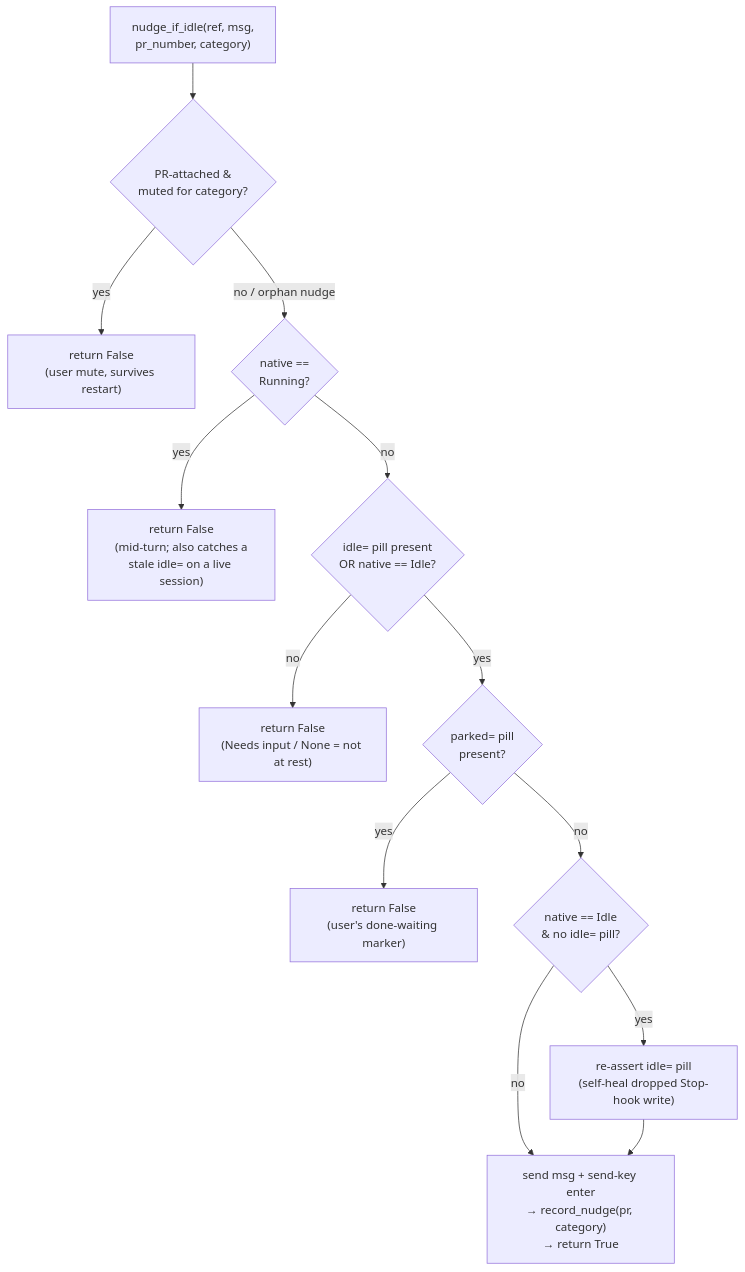
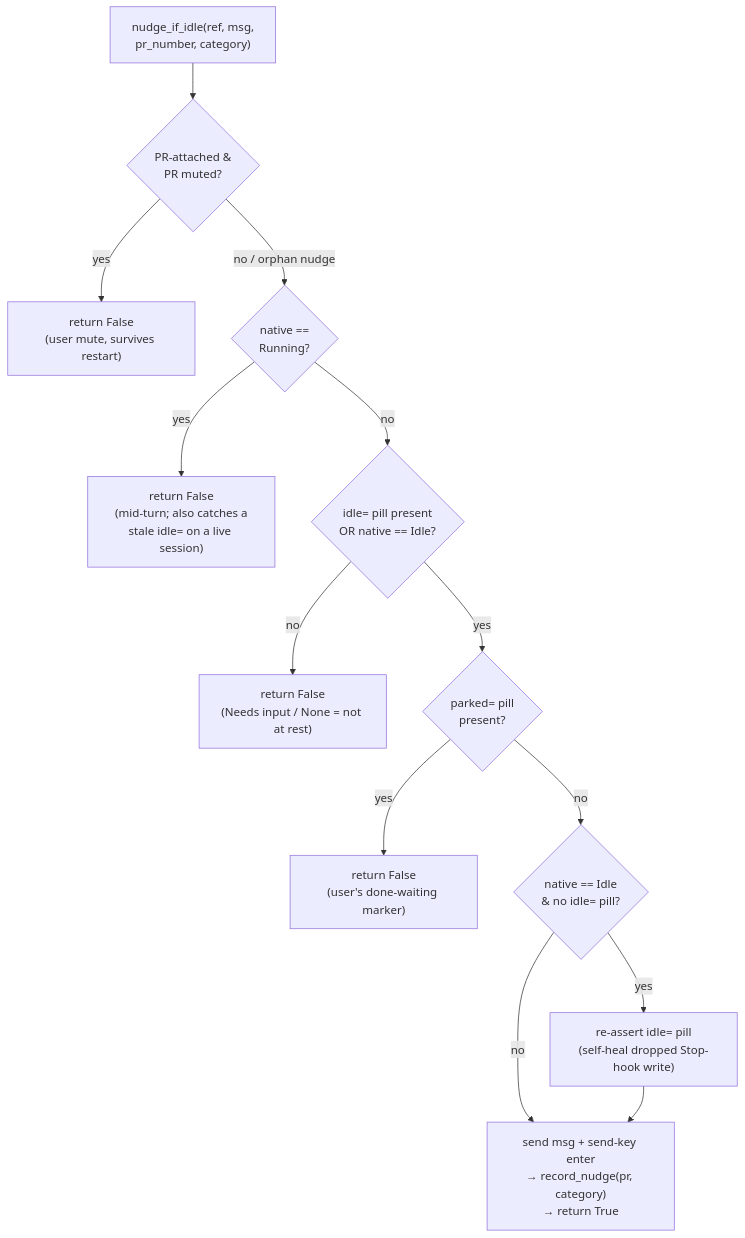
The fourth of 5 diagrams in docs/state-machine.md (khivi/cockpit), drawn with Mermaid before and after one commit. The commit also changed other lines of this file and 136 other files, not shown here.

````diff
--- a/docs/state-machine.md
+++ b/docs/state-machine.md
@@ -183,19 +182,19 @@
 ```mermaid
 flowchart TD
-  IN["nudge_if_idle(ref, msg,<br/>pr_number, category)"] --> G1{"PR-attached &<br/>muted for category?"}
+  IN["nudge_if_idle(ref, msg,<br/>pr_number, category)"] --> G1{"PR-attached &<br/>PR muted?"}
   G1 -->|yes| F1["return False<br/>(user mute, survives restart)"]
   G1 -->|"no / orphan nudge"| G2{"native ==<br/>Running?"}
 
   G2 -->|yes| F2["return False<br/>(mid-turn; also catches a<br/>stale idle= on a live session)"]
   G2 -->|no| G3{"idle= pill present<br/>OR native == Idle?"}
 
   G3 -->|no| F3["return False<br/>(Needs input / None = not at rest)"]
   G3 -->|yes| G4{"parked= pill<br/>present?"}
 
   G4 -->|yes| F4["return False<br/>(user's done-waiting marker)"]
   G4 -->|no| HEAL{"native == Idle<br/>& no idle= pill?"}
 
   HEAL -->|yes| SELFHEAL["re-assert idle= pill<br/>(self-heal dropped Stop-hook write)"]
   HEAL -->|no| FIRE
   SELFHEAL --> FIRE["send msg + send-key enter<br/>→ record_nudge(pr, category)<br/>→ return True"]
 ```
````
